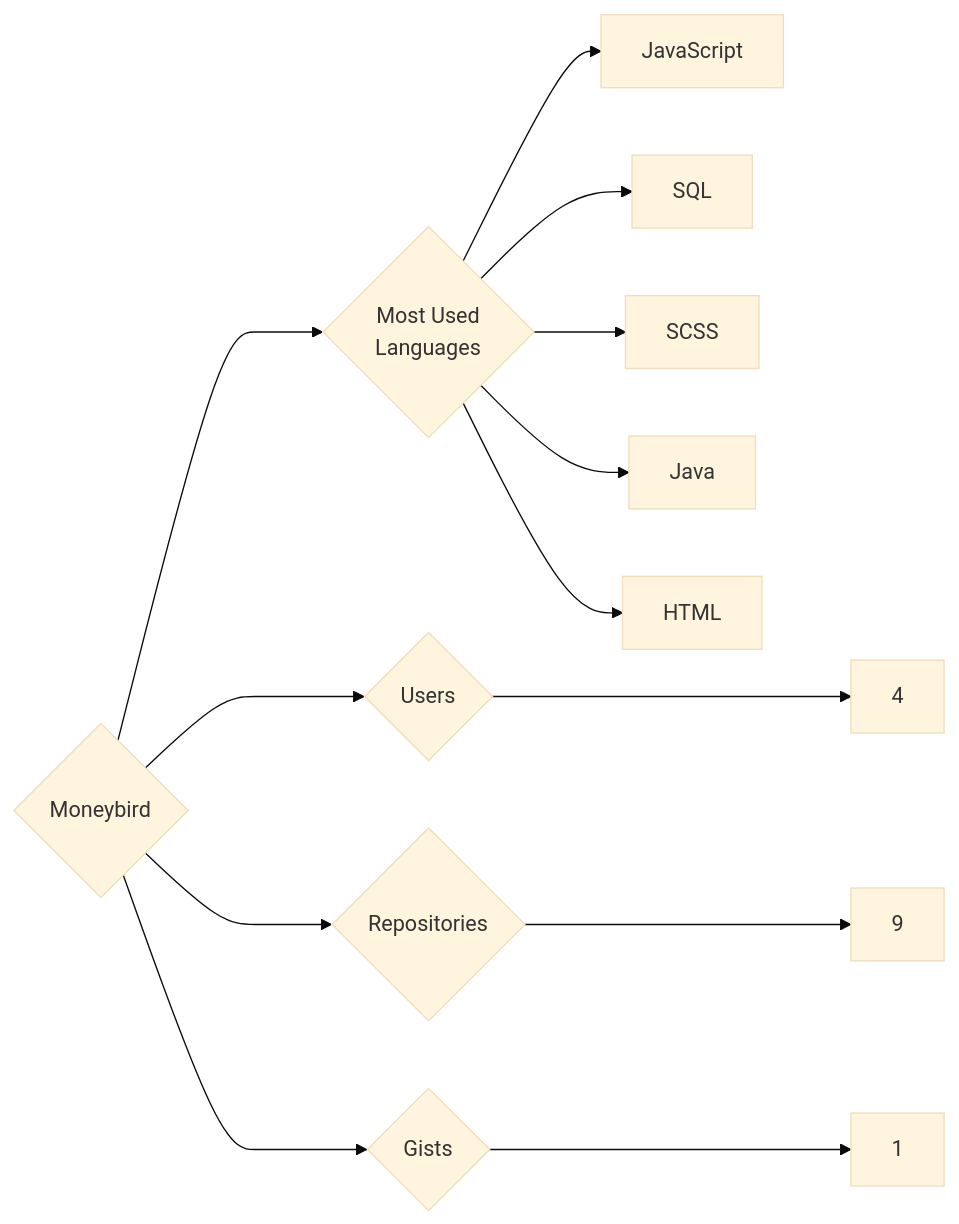
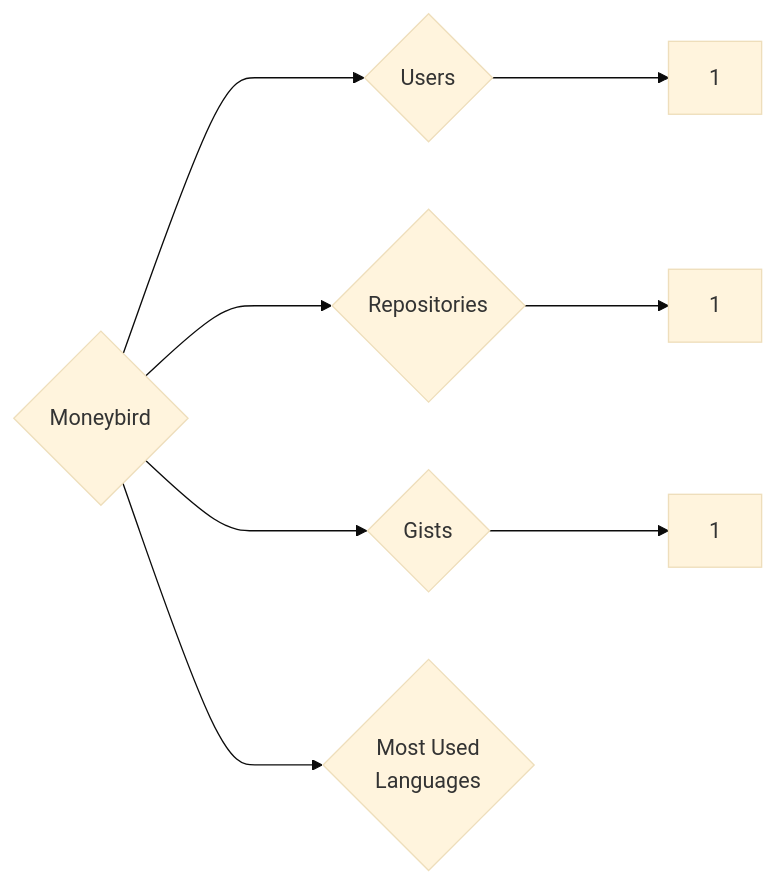
Before and after one commit to trickest/insiders: the diagram in targets/Moneybird/README.md, drawn with Mermaid (base theme). The commit also changed 972 other files, not shown here.

````diff
--- a/targets/Moneybird/README.md
+++ b/targets/Moneybird/README.md
@@ -3,13 +3,8 @@
 ```mermaid
 graph LR
 COMPANY_NAME{Moneybird}
-COMPANY_NAME ---> U{Users} ---> UN[4]
-COMPANY_NAME ---> R{Repositories} ---> RN[9]
+COMPANY_NAME ---> U{Users} ---> UN[1]
+COMPANY_NAME ---> R{Repositories} ---> RN[1]
 COMPANY_NAME ---> G{Gists} ---> GN[1]
 COMPANY_NAME ---> ML{Most Used<br>Languages}
-ML --> JavaScript[JavaScript]
-ML --> SQL[SQL]
-ML --> SCSS[SCSS]
-ML --> Java[Java]
-ML --> HTML[HTML]
 ```
````
